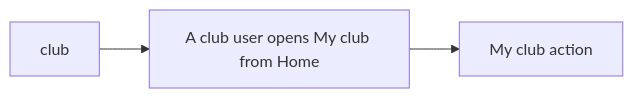
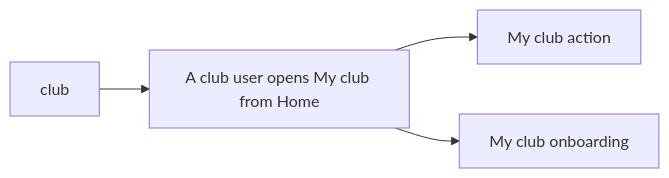
One commit to performlikemj/the-academy-watch changed the third of 3 diagrams in academy-watch-ios/sim/STORY_MAP.md. Above: the diagram before and after it, drawn with Mermaid. The commit also changed other lines of this file and 101 other files, not shown here.

````diff
--- a/academy-watch-ios/sim/STORY_MAP.md
+++ b/academy-watch-ios/sim/STORY_MAP.md
@@ -54,9 +56,11 @@
 ```mermaid
 flowchart LR
   classDef unproven stroke-dasharray: 5 5
   ne07b5aab1c5b3c11b9c1a7ad["club"]
   nd445ea87d0ad5e7dc0312e65["My club action"]
+  n00214757f519bff82fbcf6cf["My club onboarding"]
   n231d85ed871df1a7b118b05c["A club user opens My club from Home"]
   ne07b5aab1c5b3c11b9c1a7ad --> n231d85ed871df1a7b118b05c
   n231d85ed871df1a7b118b05c --> nd445ea87d0ad5e7dc0312e65
+  n231d85ed871df1a7b118b05c --> n00214757f519bff82fbcf6cf
 ```
````
